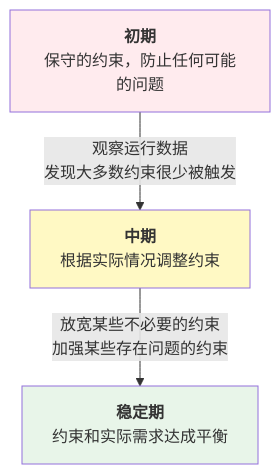
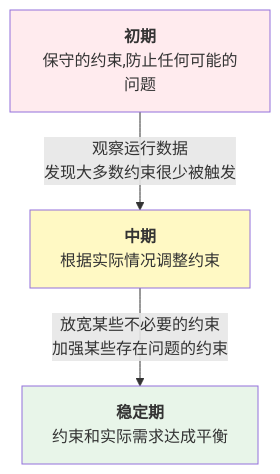
Before and after one commit to yeasy/harness_engineering_guide: the third of 3 diagrams in 03_principles/3.1_constraint_first.md, drawn with Mermaid. The commit also changed other lines of this file and 94 other files, not shown here.

````diff
--- a/03_principles/3.1_constraint_first.md
+++ b/03_principles/3.1_constraint_first.md
@@ -434,9 +434,9 @@
 ```mermaid
 flowchart TD
-    A["<b>初期</b><br/>保守的约束，防止任何可能的问题"] -->|观察运行数据<br/>发现大多数约束很少被触发| B["<b>中期</b><br/>根据实际情况调整约束"]
+    A["<b>初期</b><br/>保守的约束,防止任何可能的问题"] -->|观察运行数据<br/>发现大多数约束很少被触发| B["<b>中期</b><br/>根据实际情况调整约束"]
     B -->|放宽某些不必要的约束<br/>加强某些存在问题的约束| C["<b>稳定期</b><br/>约束和实际需求达成平衡"]
 
     style A fill:#ffebee
     style B fill:#fff9c4
     style C fill:#e8f5e9
 ```
````
